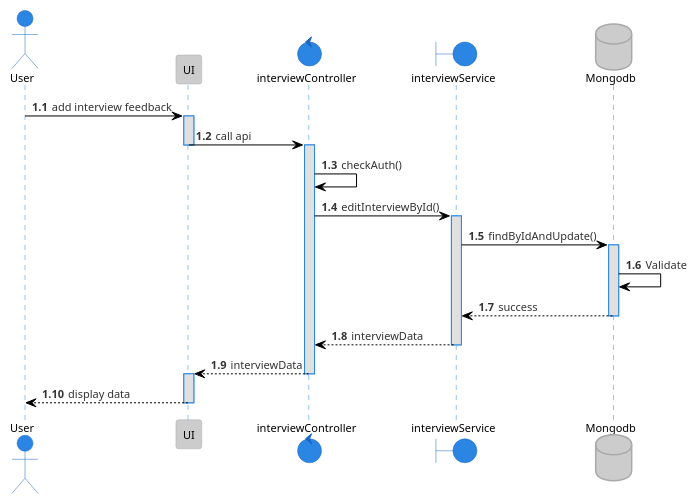
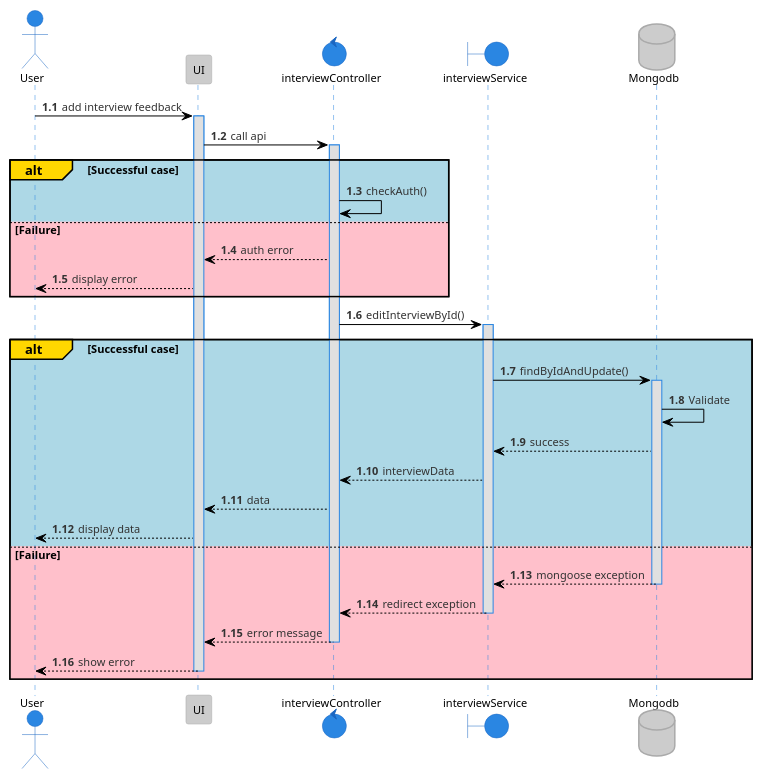
One commit to tuannm99/RMS changed the diagram in plantuml/sequence/interview/editInterviewFeedback.puml. Above: the diagram before and after it, drawn with PlantUML. The commit also changed 31 other files, not shown here.

Commit message:
update - final sequence

```diff
--- a/plantuml/sequence/interview/editInterviewFeedback.puml
+++ b/plantuml/sequence/interview/editInterviewFeedback.puml
@@ -1,33 +1,48 @@
 @startuml edit Interview feedback
 !theme reddress-lightblue
 
 autonumber 1.1
 actor User
 participant UI
 control  interviewController
 boundary interviewService
 database Mongodb
 
 
 User -> UI: add interview feedback
 activate UI
 UI -> interviewController: call api
-deactivate UI
 activate interviewController
-interviewController -> interviewController: checkAuth()
+
+alt#Gold #LightBlue Successful case
+    interviewController -> interviewController: checkAuth()
+else #Pink Failure
+    interviewController --> UI: auth error
+    UI --> User: display error
+end
+
 interviewController -> interviewService: editInterviewById()
-activate interviewService
-interviewService -> Mongodb: findByIdAndUpdate()
-activate Mongodb
-Mongodb -> Mongodb: Validate
-Mongodb --> interviewService: success
-deactivate Mongodb
-interviewService --> interviewController: interviewData
-deactivate interviewService
-interviewController --> UI: interviewData
-deactivate interviewController
-activate UI
-UI --> User: display data
-deactivate UI
+
+alt#Gold #LightBlue Successful case
+    activate interviewService
+    interviewService -> Mongodb: findByIdAndUpdate()
+    activate Mongodb
+    Mongodb -> Mongodb: Validate
+    Mongodb --> interviewService: success
+    interviewService --> interviewController: interviewData
+    interviewController --> UI: data
+    UI --> User: display data
+else #Pink Failure
+    Mongodb --> interviewService: mongoose exception
+    deactivate Mongodb
+    interviewService --> interviewController: redirect exception
+    deactivate interviewService
+    interviewController --> UI: error message
+    deactivate interviewController
+    UI --> User: show error
+    deactivate UI
+end
+
+
 
 @enduml
```
